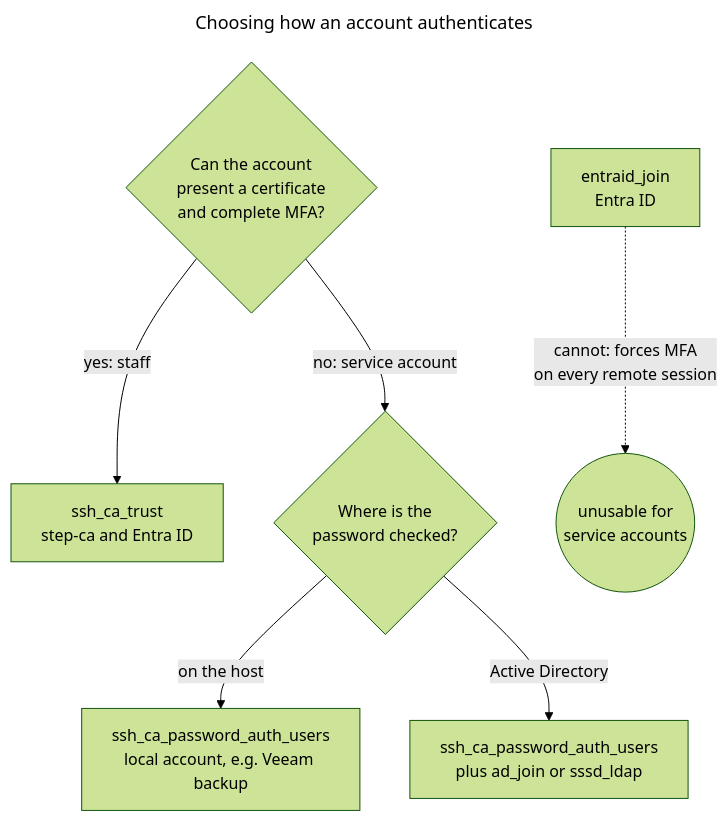
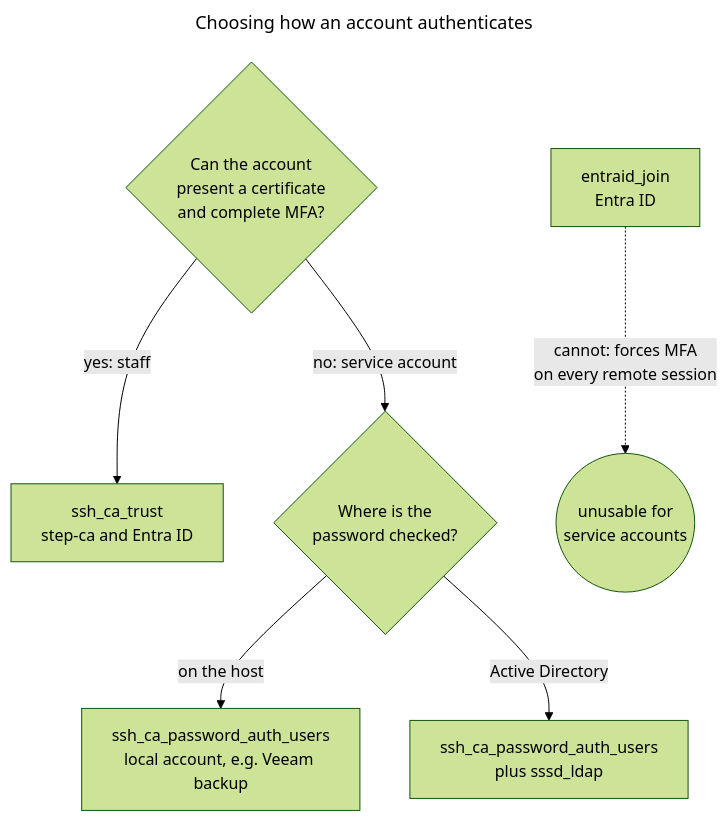
One commit to pulibrary/princeton_ansible changed the fourth of 4 diagrams in roles/ssh_ca_trust/AUTH_FLOW.md. Above: the diagram before and after it, drawn with Mermaid (forest theme). The commit also changed 14 other files, not shown here.

````diff
--- a/roles/ssh_ca_trust/AUTH_FLOW.md
+++ b/roles/ssh_ca_trust/AUTH_FLOW.md
@@ -143,12 +143,12 @@
 ```mermaid
 ---
 title: "Choosing how an account authenticates"
 ---
 flowchart TD
   Q{"Can the account<br/>present a certificate<br/>and complete MFA?"}
   Q -->|"yes: staff"| CA["ssh_ca_trust<br/>step-ca and Entra ID"]
   Q -->|"no: service account"| S{"Where is the<br/>password checked?"}
   S -->|on the host| LOC["ssh_ca_password_auth_users<br/>local account, e.g. Veeam backup"]
-  S -->|Active Directory| DIR["ssh_ca_password_auth_users<br/>plus ad_join or sssd_ldap"]
+  S -->|Active Directory| DIR["ssh_ca_password_auth_users<br/>plus sssd_ldap"]
   EN["entraid_join<br/>Entra ID"] -.->|"cannot: forces MFA<br/>on every remote session"| X(("unusable for<br/>service accounts"))
 ```
````
